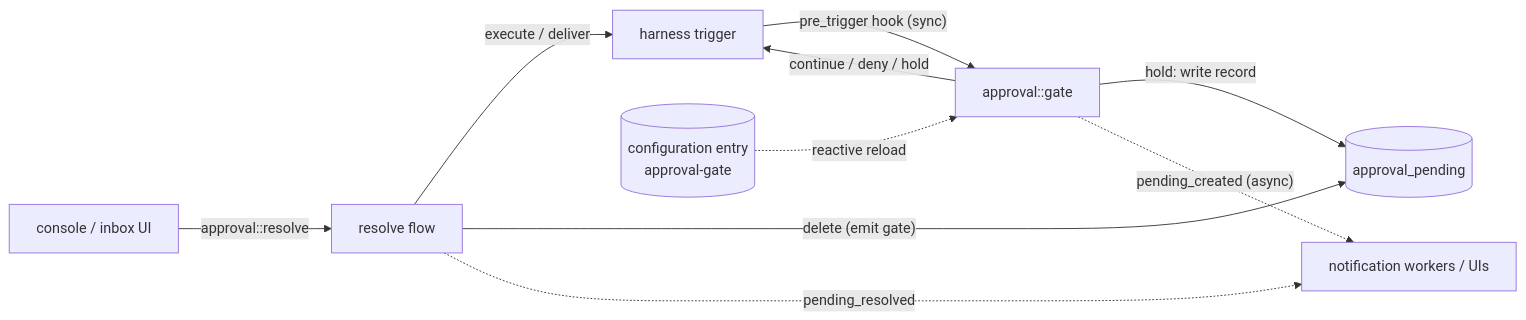
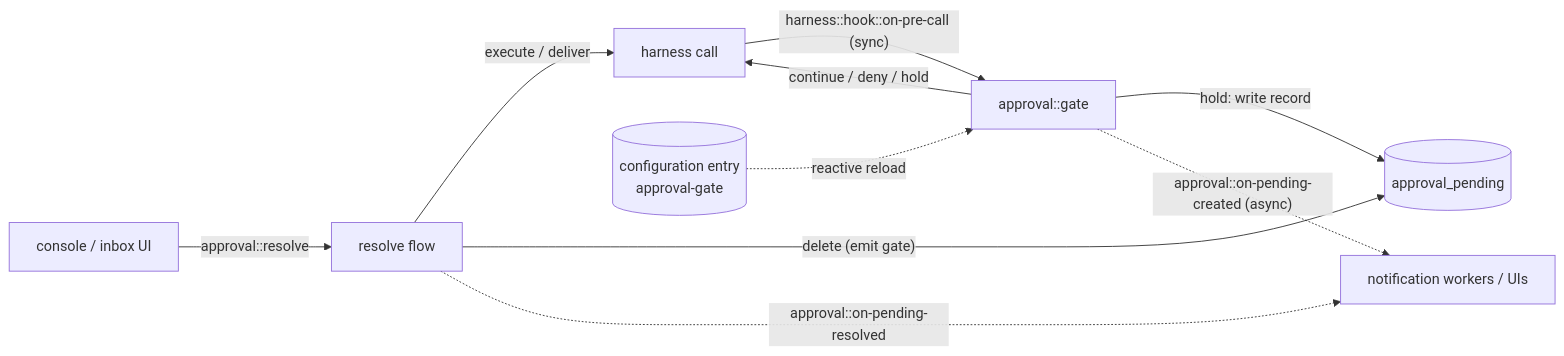
Before and after one commit to iii-hq/workers: the diagram in approval-gate/architecture/README.md, drawn with Mermaid. The commit also changed other lines of this file and 40 other files, not shown here.

````diff
--- a/approval-gate/architecture/README.md
+++ b/approval-gate/architecture/README.md
@@ -40,12 +40,12 @@
 ```mermaid
 flowchart LR
-  H[harness trigger] -- "pre_trigger hook (sync)" --> G[approval::gate]
+  H[harness call] -- "harness::hook::on-pre-call (sync)" --> G[approval::gate]
   G -- "continue / deny / hold" --> H
   G -- "hold: write record" --> S[(approval_pending)]
-  G -. "pending_created (async)" .-> N[notification workers / UIs]
+  G -. "approval::on-pending-created (async)" .-> N[notification workers / UIs]
   UI[console / inbox UI] -- "approval::resolve" --> R[resolve flow]
   R -- "execute / deliver" --> H
   R -- "delete (emit gate)" --> S
-  R -. "pending_resolved" .-> N
+  R -. "approval::on-pending-resolved" .-> N
   C[(configuration entry\napproval-gate)] -. "reactive reload" .-> G
 ```
````
